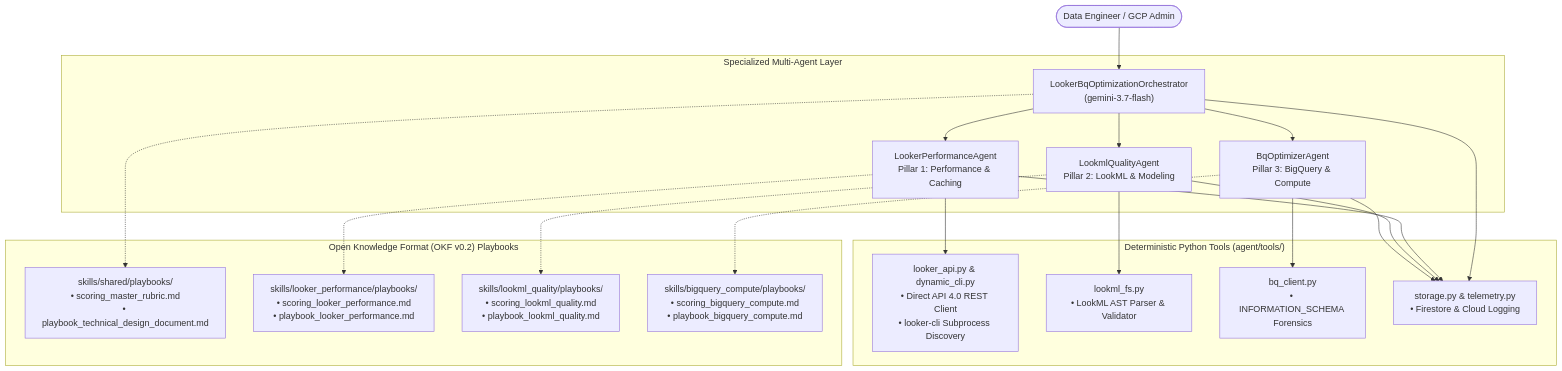
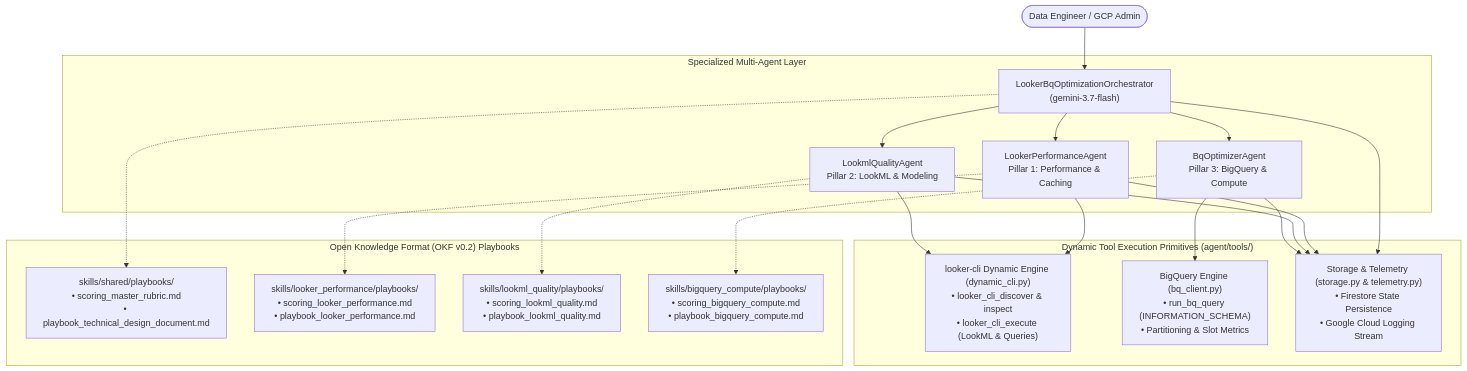
One commit to sam-pitcher/looker-healthcheck-skills changed the diagram in README.md. Above: the diagram before and after it, drawn with Mermaid. The commit also changed other lines of this file and 5 other files, not shown here.

Commit message:
docs: purge all legacy references to lookml_fs and Gemini 2.5, update README and architecture docs with Gemini 3.7 and unified dynamic_cli primitives

````diff
--- a/README.md
+++ b/README.md
@@ -48,37 +48,36 @@
 ```mermaid
 graph TD
     USER(["Data Engineer / GCP Admin"]) --> ROOT["LookerBqOptimizationOrchestrator<br/>(gemini-3.7-flash)"]
 
     subgraph Multi_Agent_Layer["Specialized Multi-Agent Layer"]
         ROOT --> SUB1["LookerPerformanceAgent<br/>Pillar 1: Performance & Caching"]
         ROOT --> SUB2["LookmlQualityAgent<br/>Pillar 2: LookML & Modeling"]
         ROOT --> SUB3["BqOptimizerAgent<br/>Pillar 3: BigQuery & Compute"]
     end
 
     subgraph OKF_Knowledge_Layer["Open Knowledge Format (OKF v0.2) Playbooks"]
         SKILL1["skills/shared/playbooks/<br/>• scoring_master_rubric.md<br/>• playbook_technical_design_document.md"]
         SKILL2["skills/looker_performance/playbooks/<br/>• scoring_looker_performance.md<br/>• playbook_looker_performance.md"]
         SKILL3["skills/lookml_quality/playbooks/<br/>• scoring_lookml_quality.md<br/>• playbook_lookml_quality.md"]
         SKILL4["skills/bigquery_compute/playbooks/<br/>• scoring_bigquery_compute.md<br/>• playbook_bigquery_compute.md"]
     end
 
-    subgraph Execution_Engine["Deterministic Python Tools (agent/tools/)"]
-        TOOL1["looker_api.py & dynamic_cli.py<br/>• Direct API 4.0 REST Client<br/>• looker-cli Subprocess Discovery"]
-        TOOL2["lookml_fs.py<br/>• LookML AST Parser & Validator"]
-        TOOL3["bq_client.py<br/>• INFORMATION_SCHEMA Forensics"]
-        TOOL4["storage.py & telemetry.py<br/>• Firestore & Cloud Logging"]
+    subgraph Execution_Engine["Dynamic Tool Execution Primitives (agent/tools/)"]
+        TOOL1["looker-cli Dynamic Engine (dynamic_cli.py)<br/>• looker_cli_discover & inspect<br/>• looker_cli_execute (LookML & Queries)"]
+        TOOL2["BigQuery Engine (bq_client.py)<br/>• run_bq_query (INFORMATION_SCHEMA)<br/>• Partitioning & Slot Metrics"]
+        TOOL3["Storage & Telemetry (storage.py & telemetry.py)<br/>• Firestore State Persistence<br/>• Google Cloud Logging Stream"]
     end
 
     SUB1 -.-> SKILL2
     SUB2 -.-> SKILL3
     SUB3 -.-> SKILL4
     ROOT -.-> SKILL1
 
     SUB1 --> TOOL1
-    SUB2 --> TOOL2
+    SUB2 --> TOOL1
+    SUB3 --> TOOL2
+    ROOT --> TOOL3
+    SUB1 --> TOOL3
+    SUB2 --> TOOL3
     SUB3 --> TOOL3
-    ROOT --> TOOL4
-    SUB1 --> TOOL4
-    SUB2 --> TOOL4
-    SUB3 --> TOOL4
 ```
````
